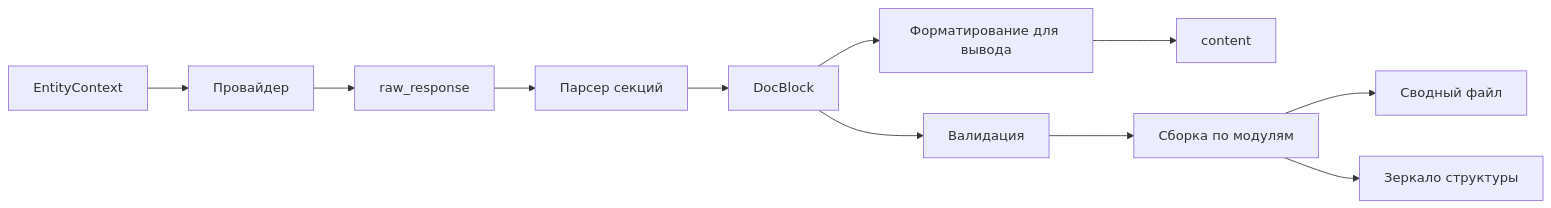
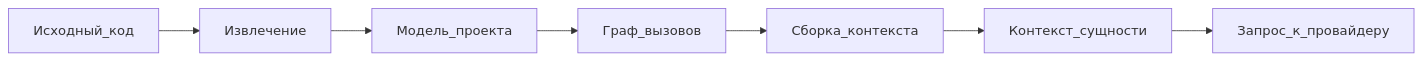
One commit to Andryss/AnDocGen changed the third of 3 diagrams in docs/input_preparation.md. Above: the diagram before and after it, drawn with Mermaid. The commit also changed other lines of this file, not shown here.

````diff
--- a/docs/input_preparation.md
+++ b/docs/input_preparation.md
@@ -401,13 +213,17 @@
 ```mermaid
 flowchart LR
-    EntityContext[EntityContext] --> Provider[Провайдер]
-    Provider --> RawText[raw_response]
-    RawText --> Parser[Парсер секций]
-    Parser --> DocBlock[DocBlock]
-    DocBlock --> Formatter[Форматирование для вывода]
-    Formatter --> Content[content]
-    DocBlock --> Validator[Валидация]
-    Validator --> Assembler[Сборка по модулям]
-    Assembler --> Overview[Сводный файл]
-    Assembler --> Mirror[Зеркало структуры]
+    SourceCode[Исходный_код]
+    Extraction[Извлечение]
+    ProjectModel[Модель_проекта]
+    CallGraph[Граф_вызовов]
+    ContextBuild[Сборка_контекста]
+    Ctx[Контекст_сущности]
+    Prompt[Запрос_к_провайдеру]
+
+    SourceCode --> Extraction
+    Extraction --> ProjectModel
+    ProjectModel --> CallGraph
+    CallGraph --> ContextBuild
+    ContextBuild --> Ctx
+    Ctx --> Prompt
 ```
````
